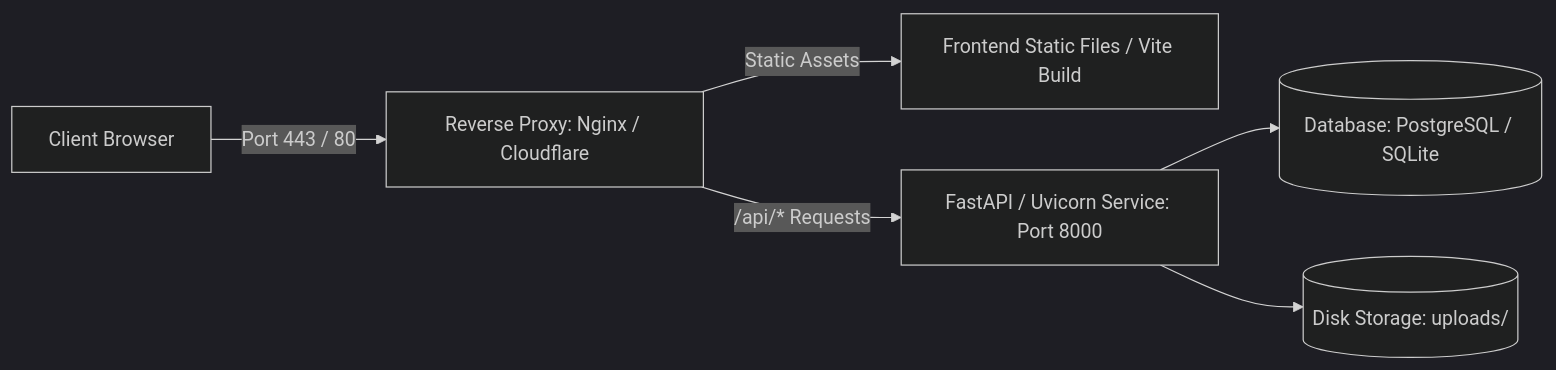
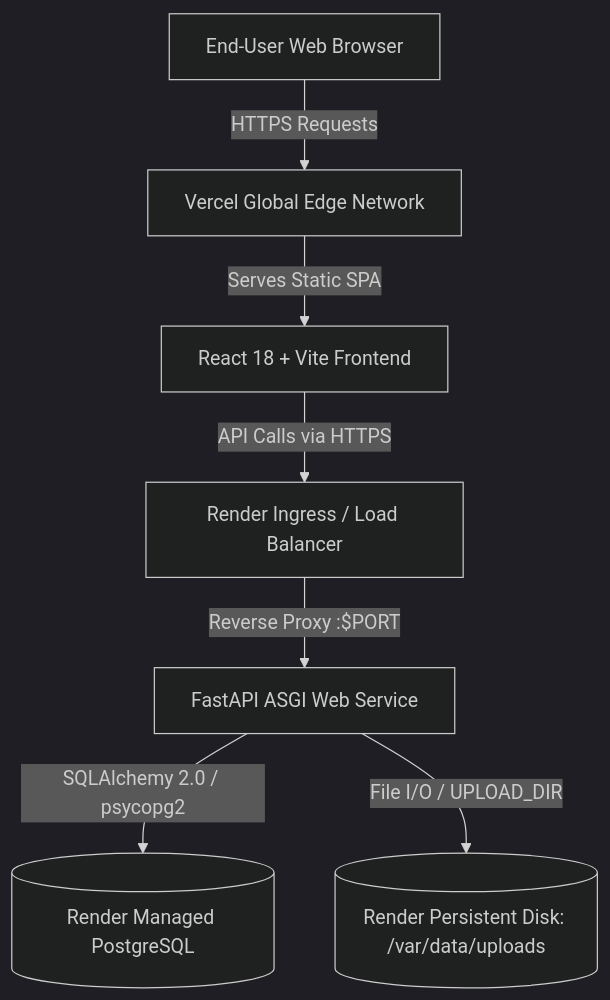
One commit to ankit04035/SahayakAI changed the diagram in SahayakAI/docs/deployment.md. Above: the diagram before and after it, drawn with Mermaid (dark theme). The commit also changed other lines of this file and 25 other files, not shown here.

````diff
--- a/SahayakAI/docs/deployment.md
+++ b/SahayakAI/docs/deployment.md
@@ -13,8 +13,9 @@
 ```mermaid
-graph LR
-    Browser[Client Browser] -->|Port 443 / 80| Ingress[Reverse Proxy: Nginx / Cloudflare]
-    Ingress -->|Static Assets| FE[Frontend Static Files / Vite Build]
-    Ingress -->|/api/* Requests| BE[FastAPI / Uvicorn Service: Port 8000]
-    BE --> DB[(Database: PostgreSQL / SQLite)]
-    BE --> Storage[(Disk Storage: uploads/)]
+graph TD
+    Client[End-User Web Browser] -->|HTTPS Requests| VercelEdge[Vercel Global Edge Network]
+    VercelEdge -->|Serves Static SPA| FE[React 18 + Vite Frontend]
+    FE -->|API Calls via HTTPS| RenderProxy[Render Ingress / Load Balancer]
+    RenderProxy -->|Reverse Proxy :$PORT| FastAPIService[FastAPI ASGI Web Service]
+    FastAPIService -->|SQLAlchemy 2.0 / psycopg2| PostgresDB[(Render Managed PostgreSQL)]
+    FastAPIService -->|File I/O / UPLOAD_DIR| PersistentDisk[(Render Persistent Disk: /var/data/uploads)]
 ```
````
